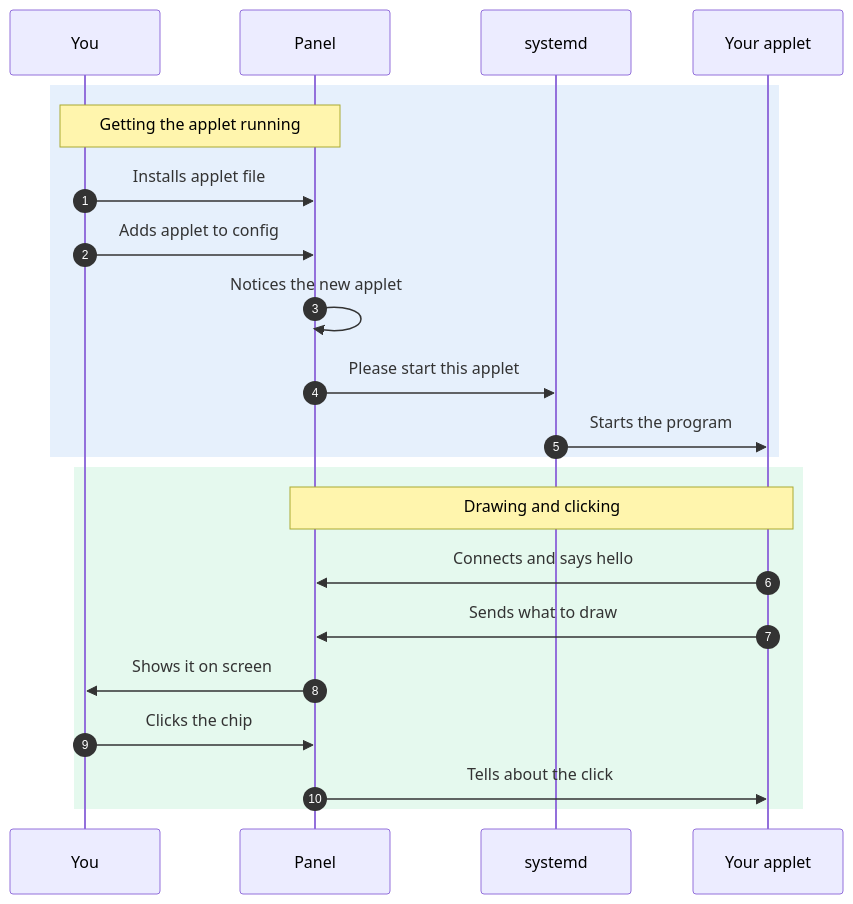
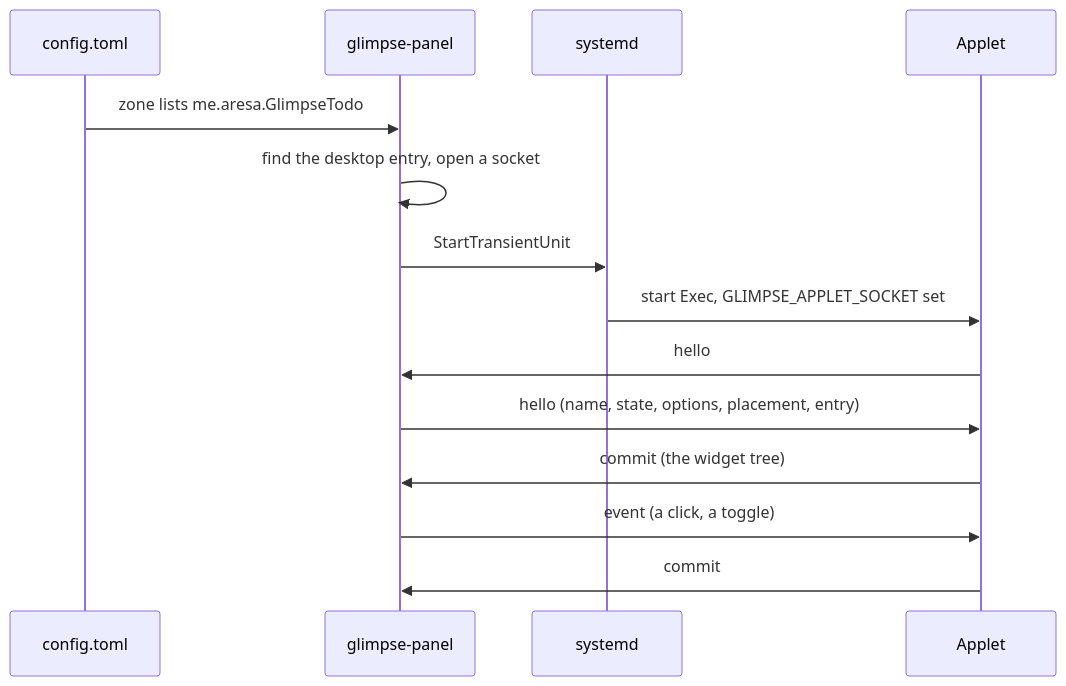
One commit to alex-oleshkevich/glimpse changed the diagram in website/developers/exec-applets.md. Above: the diagram before and after it, drawn with Mermaid. The commit also changed other lines of this file and 2 other files, not shown here.

Commit message:
Update exec applet docs and add dev mode guide

````diff
--- a/website/developers/exec-applets.md
+++ b/website/developers/exec-applets.md
@@ -49,24 +7,16 @@
 ```mermaid
 sequenceDiagram
-    autonumber
-    participant Y as You
-    participant P as Panel
+    participant C as config.toml
+    participant P as glimpse-panel
     participant S as systemd
-    participant A as Your applet
-    rect rgba(53, 132, 228, 0.12)
-    Note over Y,P: Getting the applet running
-    Y->>P: Installs applet file
-    Y->>P: Adds applet to config
-    P->>P: Notices the new applet
-    P->>S: Please start this applet
-    S->>A: Starts the program
-    end
-    rect rgba(46, 204, 113, 0.12)
-    Note over P,A: Drawing and clicking
-    A->>P: Connects and says hello
-    A->>P: Sends what to draw
-    P->>Y: Shows it on screen
-    Y->>P: Clicks the chip
-    P->>A: Tells about the click
-    end
+    participant A as Applet
+    C->>P: zone lists me.aresa.GlimpseTodo
+    P->>P: find the desktop entry, open a socket
+    P->>S: StartTransientUnit
+    S->>A: start Exec, GLIMPSE_APPLET_SOCKET set
+    A->>P: hello
+    P->>A: hello (name, state, options, placement, entry)
+    A->>P: commit (the widget tree)
+    P->>A: event (a click, a toggle)
+    A->>P: commit
 ```
````
